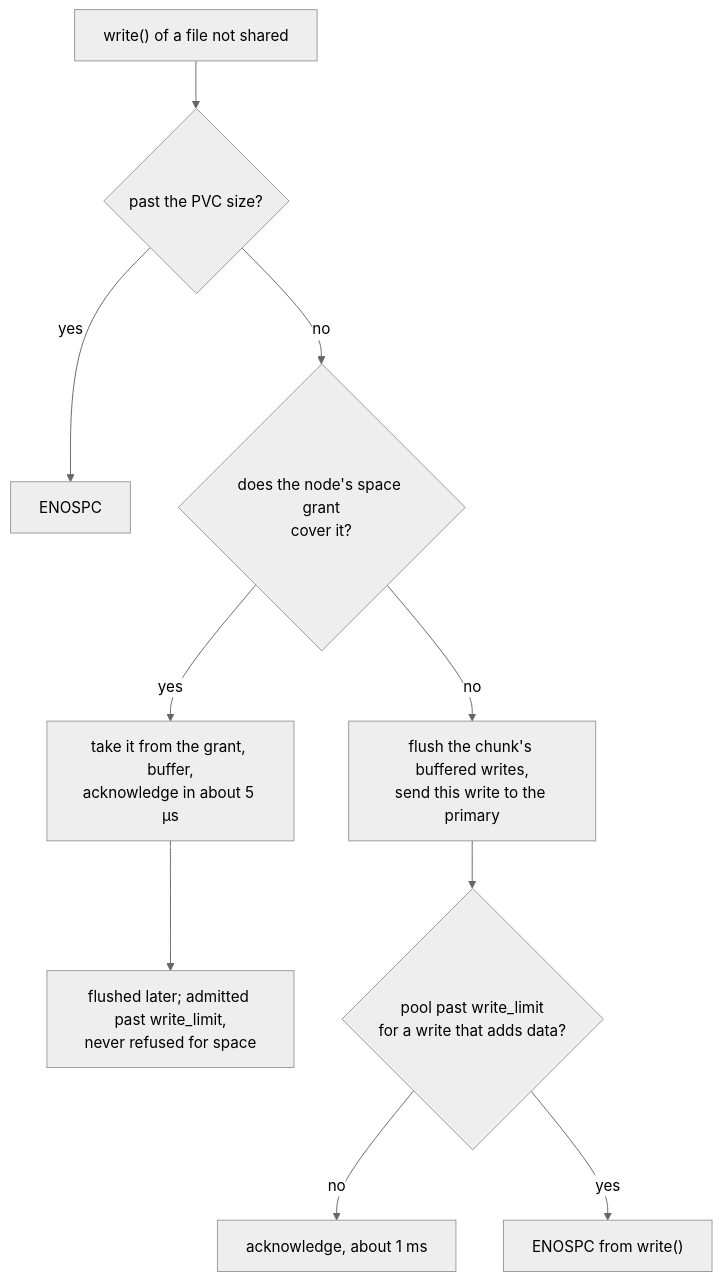
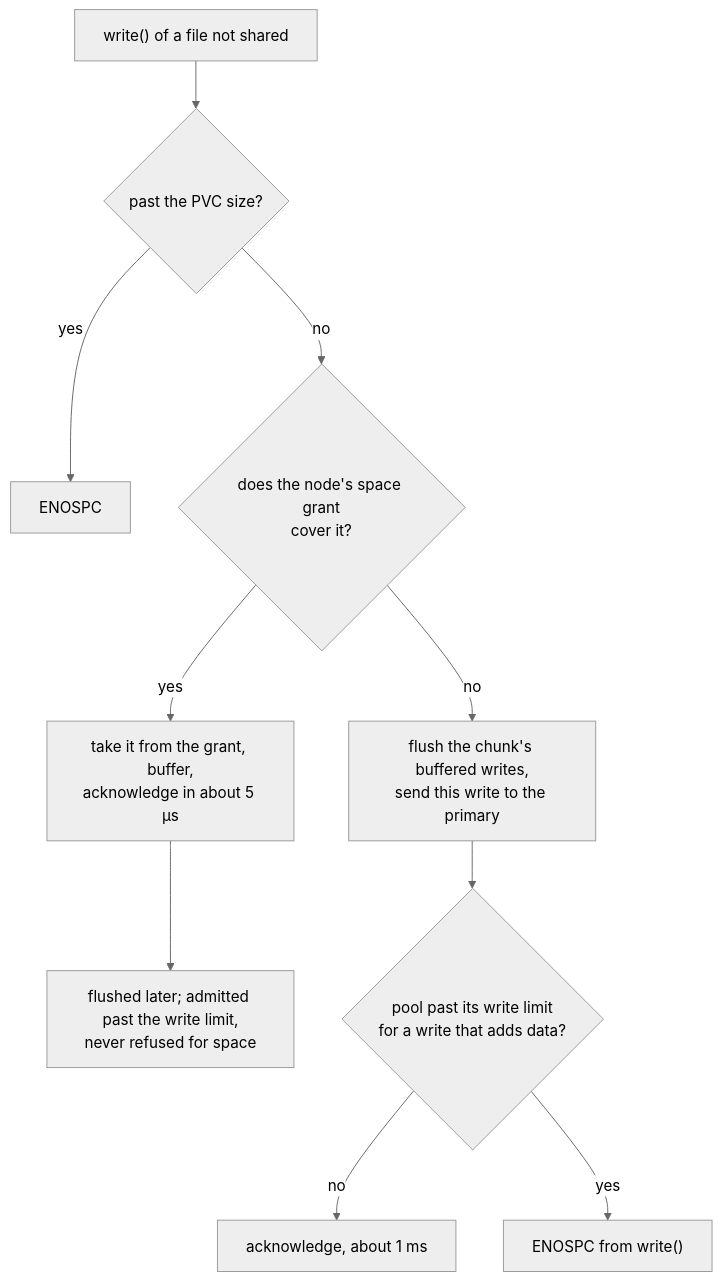
Before and after one commit to nvcnvn/rock-solid: the second of 7 diagrams in blogs/09-rwx-filesystem-and-cache-coherence.md, drawn with Mermaid (neutral theme). The commit also changed other lines of this file, not shown here.

````diff
--- a/blogs/09-rwx-filesystem-and-cache-coherence.md
+++ b/blogs/09-rwx-filesystem-and-cache-coherence.md
@@ -338,12 +336,12 @@
 ```mermaid
 flowchart TD
     W["write() of a file not shared"] --> Q{"past the PVC size?"}
     Q -- "yes" --> E1["ENOSPC"]
     Q -- "no" --> G{"does the node's space grant<br/>cover it?"}
     G -- "yes" --> B["take it from the grant, buffer,<br/>acknowledge in about 5 µs"]
-    B --> F["flushed later; admitted past write_limit,<br/>never refused for space"]
+    B --> F["flushed later; admitted past the write limit,<br/>never refused for space"]
     G -- "no" --> T["flush the chunk's buffered writes,<br/>send this write to the primary"]
-    T --> P{"pool past write_limit<br/>for a write that adds data?"}
+    T --> P{"pool past its write limit<br/>for a write that adds data?"}
     P -- "no" --> OK["acknowledge, about 1 ms"]
     P -- "yes" --> E2["ENOSPC from write()"]
 ```
````
